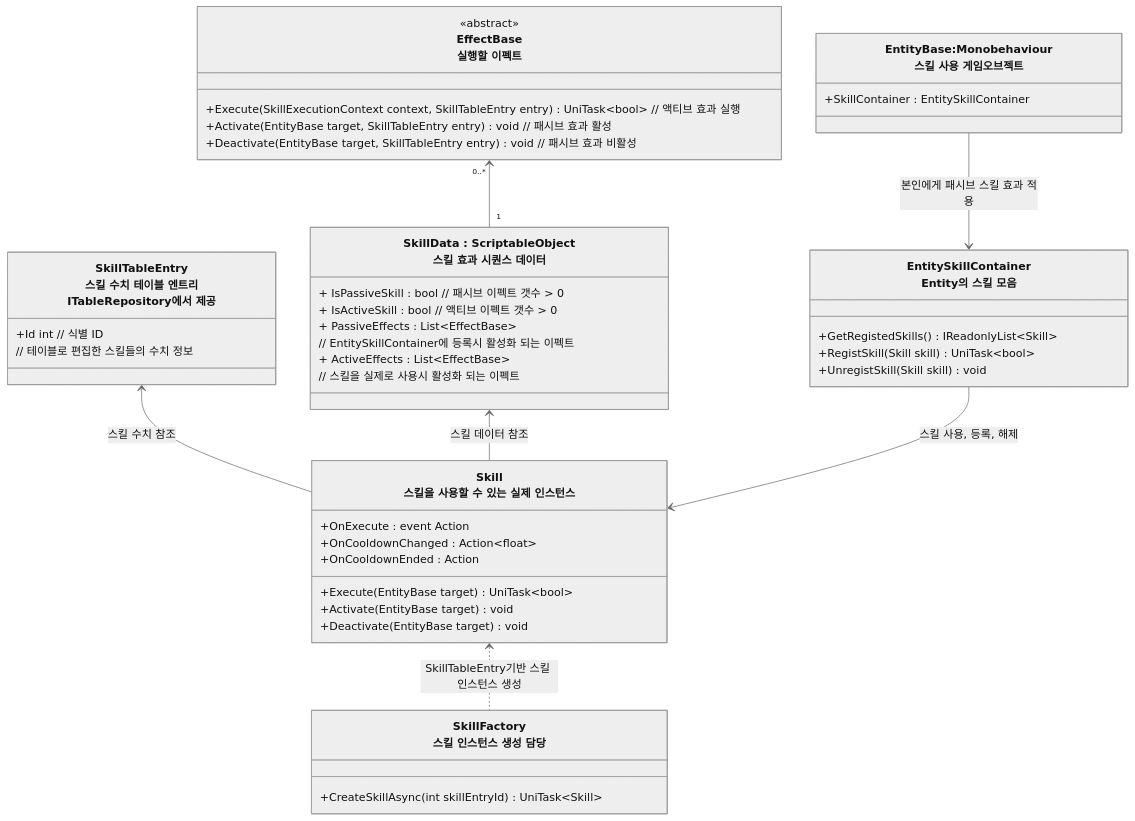
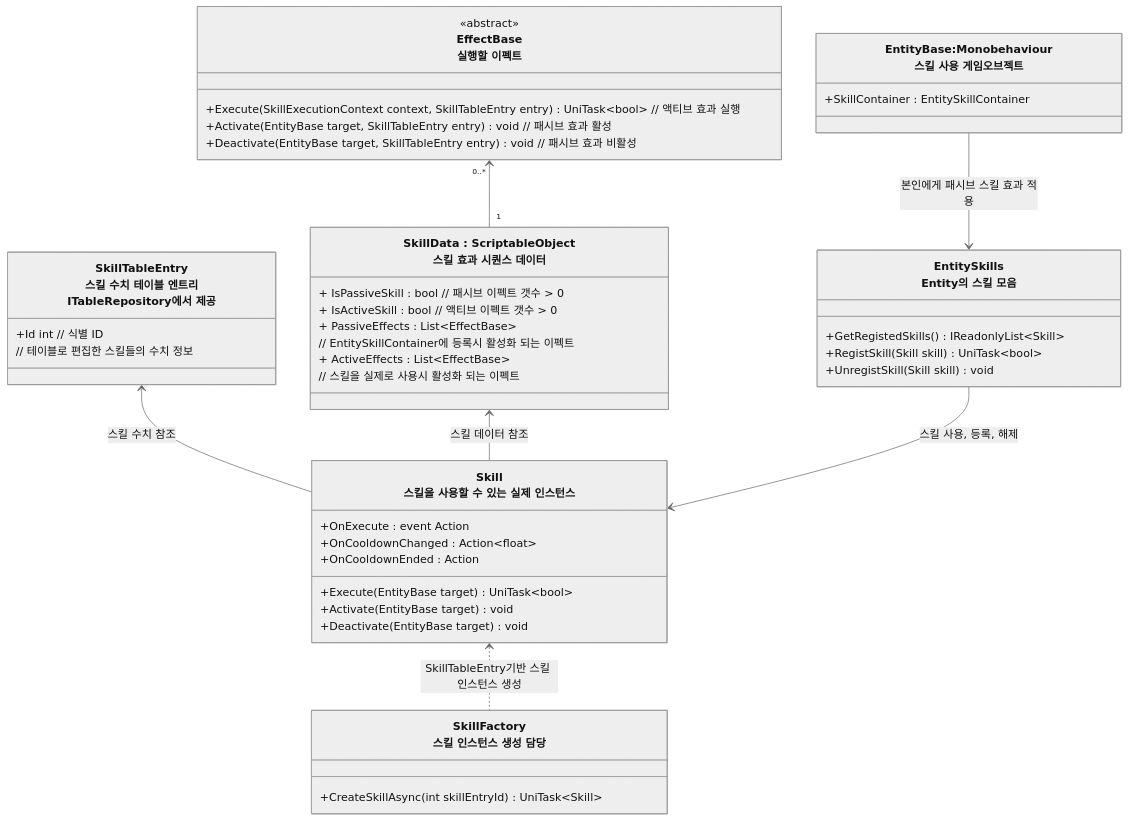
The first of 2 diagrams in README/스킬시스템_설계.md (JIN5EOK/DungeonShooter), drawn with Mermaid (neutral theme) before and after one commit. The commit also changed 11 other files, not shown here.

````diff
--- a/README/스킬시스템_설계.md
+++ b/README/스킬시스템_설계.md
@@ -14,54 +14,54 @@
 ```mermaid
 classDiagram
     class EffectBase["EffectBase<br>실행할 이펙트"]{
         <<abstract>>
         +Execute(SkillExecutionContext context, SkillTableEntry entry) UniTask~bool~ // 액티브 효과 실행
         +Activate(EntityBase target, SkillTableEntry entry) void // 패시브 효과 활성
         +Deactivate(EntityBase target, SkillTableEntry entry) void // 패시브 효과 비활성
     }
     
     class SkillData["SkillData : ScriptableObject<br>스킬 효과 시퀀스 데이터"]{
 		+ IsPassiveSkill : bool // 패시브 이펙트 갯수 > 0
 		+ IsActiveSkill : bool // 액티브 이펙트 갯수 > 0
         + PassiveEffects : List~EffectBase~ 
         // EntitySkillContainer에 등록시 활성화 되는 이펙트
         + ActiveEffects : List~EffectBase~ 
         // 스킬을 실제로 사용시 활성화 되는 이펙트
     }
 
     class Skill["Skill<br>스킬을 사용할 수 있는 실제 인스턴스"]{
 
         +OnExecute : event Action
         +OnCooldownChanged : Action~float~
         +OnCooldownEnded : Action
         +Execute(EntityBase target) UniTask~bool~
         +Activate(EntityBase target) void
         +Deactivate(EntityBase target) void
     }
 
 	class SkillTableEntry["SkillTableEntry<br>스킬 수치 테이블 엔트리<br>ITableRepository에서 제공 "]{
 		+Id int // 식별 ID
 		// 테이블로 편집한 스킬들의 수치 정보
 	}
 	
-    class EntitySkillContainer["EntitySkillContainer<br>Entity의 스킬 모음"]{
+    class EntitySkills["EntitySkills<br>Entity의 스킬 모음"]{
         +GetRegistedSkills() IReadonlyList~Skill~
         +RegistSkill(Skill skill) UniTask~bool~
         +UnregistSkill(Skill skill) void
     }
     
 	class SkillFactory["SkillFactory<br>스킬 인스턴스 생성 담당"]{
         +CreateSkillAsync(int skillEntryId) UniTask~Skill~
     }
     
     class EntityBase["EntityBase:Monobehaviour<br>스킬 사용 게임오브젝트"]{
         +SkillContainer : EntitySkillContainer
     }
     
     SkillTableEntry <-- Skill : 스킬 수치 참조
     SkillData <-- Skill : 스킬 데이터 참조
     EffectBase "0..*"<--"1" SkillData
-    EntitySkillContainer --> Skill  : 스킬 사용, 등록, 해제
+    EntitySkills --> Skill  : 스킬 사용, 등록, 해제
     Skill <.. SkillFactory : SkillTableEntry기반 스킬 인스턴스 생성
-    EntityBase --> EntitySkillContainer : 본인에게 패시브 스킬 효과 적용
+    EntityBase --> EntitySkills : 본인에게 패시브 스킬 효과 적용
 ```
````
